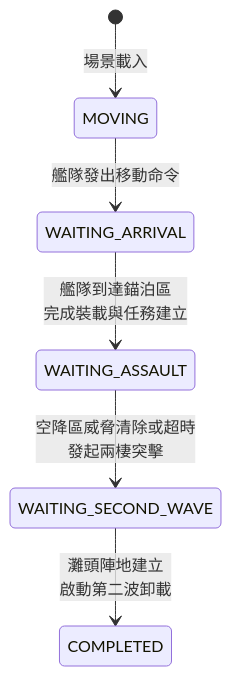
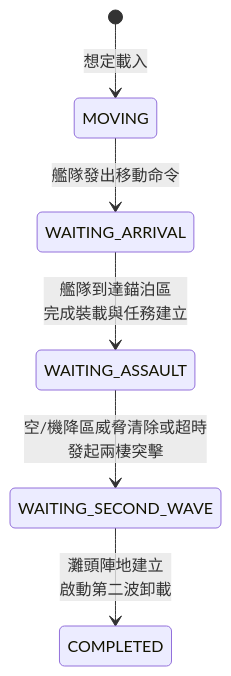
One commit to pullupjumper/formosa-in-flames changed the second of 3 diagrams in docs/landingOps/README.md. Above: the diagram before and after it, drawn with Mermaid. The commit also changed other lines of this file and 15 other files, not shown here.

First line of the commit message:
refactor(landing-ops): restructure amphibious operations config schema and flatten data hierarchy

````diff
--- a/docs/landingOps/README.md
+++ b/docs/landingOps/README.md
@@ -87,8 +87,8 @@
 ```mermaid
 stateDiagram-v2
-    [*] --> MOVING: 場景載入
+    [*] --> MOVING: 想定載入
     MOVING --> WAITING_ARRIVAL: 艦隊發出移動命令
     WAITING_ARRIVAL --> WAITING_ASSAULT: 艦隊到達錨泊區<br>完成裝載與任務建立
-    WAITING_ASSAULT --> WAITING_SECOND_WAVE: 空降區威脅清除或超時<br>發起兩棲突擊
+    WAITING_ASSAULT --> WAITING_SECOND_WAVE: 空/機降區威脅清除或超時<br>發起兩棲突擊
     WAITING_SECOND_WAVE --> COMPLETED: 灘頭陣地建立<br>啟動第二波卸載
 ```
````
